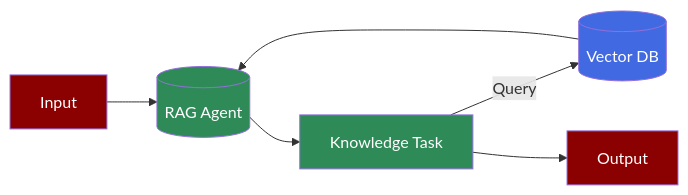
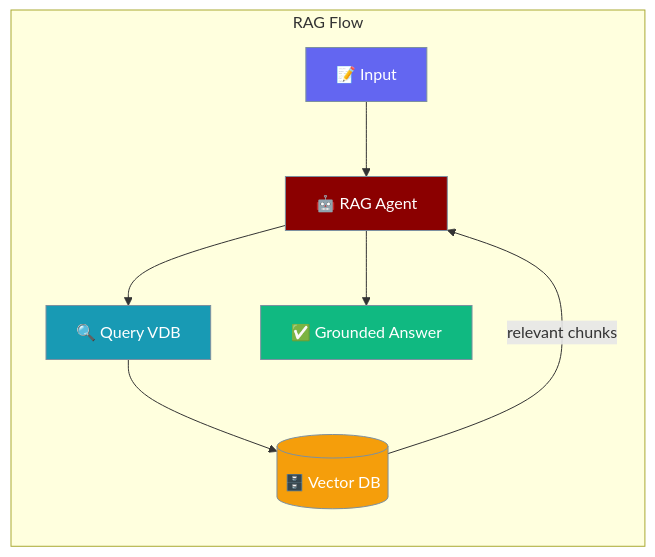
Before and after one commit to MervinPraison/PraisonAIDocs: the first of 2 diagrams in docs/features/rag.mdx, drawn with Mermaid. The commit also changed other lines of this file and 8 other files, not shown here.

````diff
--- a/docs/features/rag.mdx
+++ b/docs/features/rag.mdx
@@ -8,14 +8,22 @@
 ```mermaid
-flowchart LR
-    In[Input] --> RAGAgent[("RAG Agent")]
-    VDB[(Vector DB)] --> RAGAgent
-    RAGAgent --> Task[Knowledge Task]
-    Task --> |Query| VDB
-    Task --> Out[Output]
-    
-    style In fill:#8B0000,color:#fff
-    style RAGAgent fill:#2E8B57,color:#fff,shape:circle
-    style VDB fill:#4169E1,color:#fff,shape:cylinder
-    style Task fill:#2E8B57,color:#fff
-    style Out fill:#8B0000,color:#fff
+graph LR
+    subgraph "RAG Flow"
+        In[📝 Input] --> Agent[🤖 RAG Agent]
+        Agent --> Query[🔍 Query VDB]
+        Query --> VDB[(🗄️ Vector DB)]
+        VDB --> |relevant chunks| Agent
+        Agent --> Out[✅ Grounded Answer]
+    end
+
+    classDef input fill:#6366F1,stroke:#7C90A0,color:#fff
+    classDef agent fill:#8B0000,stroke:#7C90A0,color:#fff
+    classDef process fill:#189AB4,stroke:#7C90A0,color:#fff
+    classDef storage fill:#F59E0B,stroke:#7C90A0,color:#fff
+    classDef output fill:#10B981,stroke:#7C90A0,color:#fff
+
+    class In input
+    class Agent agent
+    class Query process
+    class VDB storage
+    class Out output
 ```
````
